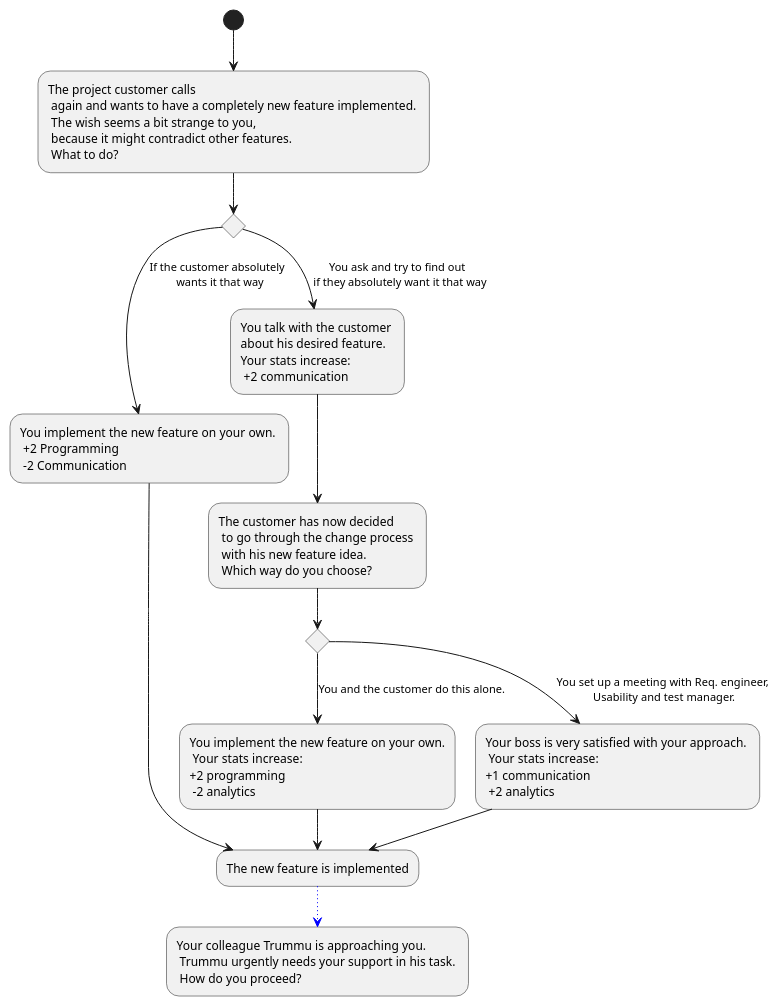
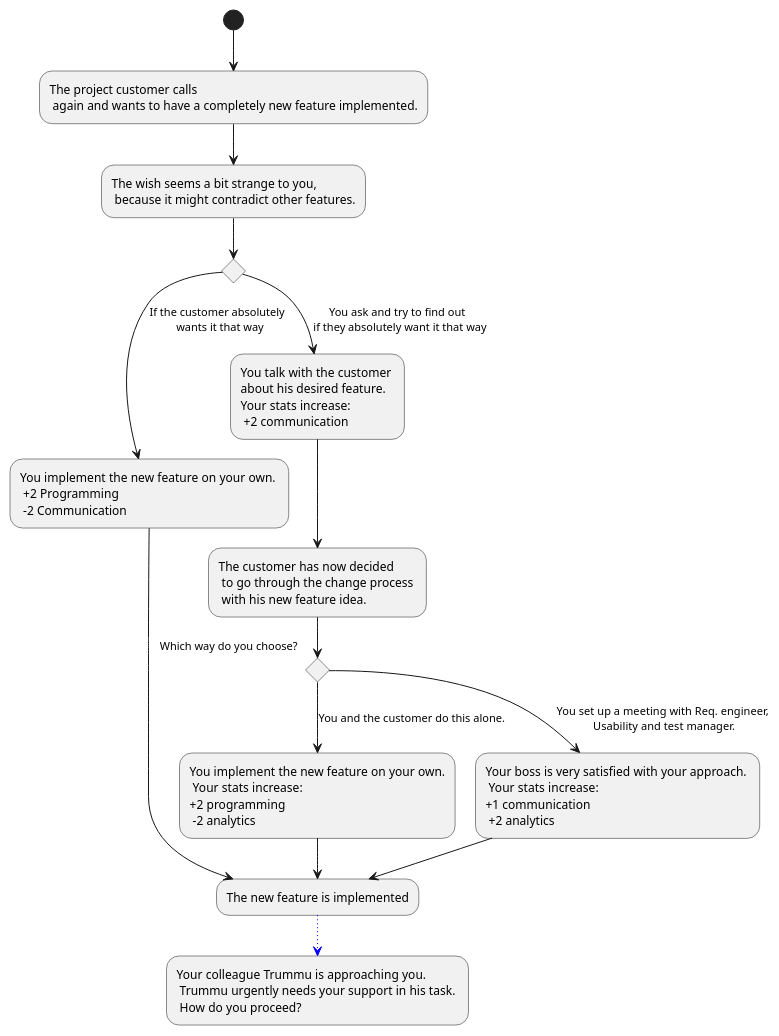
Before and after one commit to Brotenko/QualityQuest: the diagram in Docs/Technical Specifications/docs/diagrams/StoryFlow/StoryFlow_Decision_12.puml, drawn with PlantUML. The commit also changed 14 other files, not shown here.

```diff
--- a/Docs/Technical Specifications/docs/diagrams/StoryFlow/StoryFlow_Decision_12.puml
+++ b/Docs/Technical Specifications/docs/diagrams/StoryFlow/StoryFlow_Decision_12.puml
@@ -1,21 +1,20 @@
 @startuml
-(*) --> "The project customer calls \n again and wants to have a completely new feature implemented. \n The wish seems a bit strange to you, \n because it might contradict other features.\n What to do?" as f 
-'if "" then 
-'--> [Du arbeitest einfach drauf los.] "f"
+(*) --> "The project customer calls \n again and wants to have a completely new feature implemented."
+--> "The wish seems a bit strange to you, \n because it might contradict other features."
 if " " then
 --> [If the customer absolutely \n wants it that way] "You implement the new feature on your own. \n +2 Programming \n -2 Communication" as c
 else
 --> [You ask and try to find out \n if they absolutely want it that way] "You talk with the customer \nabout his desired feature. \nYour stats increase:\n +2 communication"
 endif
 'Vorbedingung: Nur wenn zuvor gewählt wurde, mit dem Kunden nochmal darüber zu reden!
---> "The customer has now decided \n to go through the change process \n with his new feature idea. \n Which way do you choose?"
-if " " then
+--> "The customer has now decided \n to go through the change process \n with his new feature idea."
+if "Which way do you choose?" then
 --> [You and the customer do this alone.] "You implement the new feature on your own.\n Your stats increase:\n+2 programming \n -2 analytics" as a
 else
 --> [You set up a meeting with Req. engineer, \nUsability and test manager.] "Your boss is very satisfied with your approach. \n Your stats increase: \n+1 communication \n +2 analytics" as b
 --> "The new feature is implemented" as fertig
 endif
 a --> fertig
 c --> fertig
 -[#blue,dotted]-> "Your colleague Trummu is approaching you.\n Trummu urgently needs your support in his task. \n How do you proceed?"
 @enduml
```
